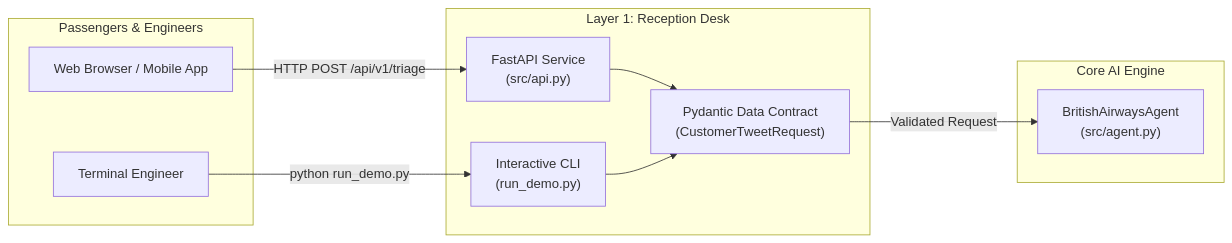
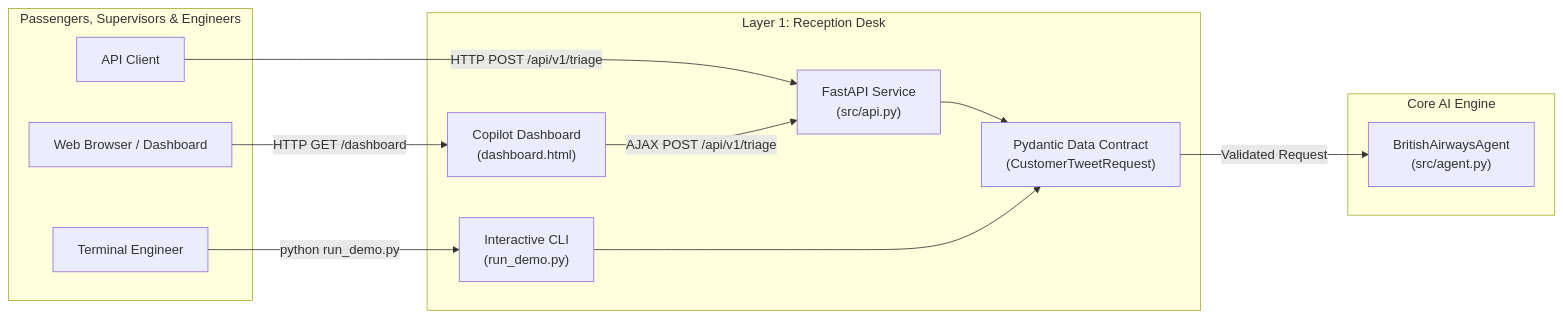
Before and after one commit to Nikhil4002-50-82/Hiver-Assignment: the first of 2 diagrams in docs/Reception_Desk.md, drawn with Mermaid. The commit also changed other lines of this file and 7 other files, not shown here.

````diff
--- a/docs/Reception_Desk.md
+++ b/docs/Reception_Desk.md
@@ -20,23 +21,27 @@
 ```mermaid
 flowchart LR
-    subgraph Users["Passengers & Engineers"]
-        A["Web Browser / Mobile App"]
+    subgraph Users["Passengers, Supervisors & Engineers"]
+        A["Web Browser / Dashboard"]
         B["Terminal Engineer"]
+        G["API Client"]
     end
 
     subgraph Layer1["Layer 1: Reception Desk"]
         C["FastAPI Service\n(src/api.py)"]
         D["Interactive CLI\n(run_demo.py)"]
+        H["Copilot Dashboard\n(dashboard.html)"]
         E["Pydantic Data Contract\n(CustomerTweetRequest)"]
     end
 
     subgraph Core["Core AI Engine"]
         F["BritishAirwaysAgent\n(src/agent.py)"]
     end
 
-    A -->|"HTTP POST /api/v1/triage"| C
+    A -->|"HTTP GET /dashboard"| H
+    G -->|"HTTP POST /api/v1/triage"| C
     B -->|"python run_demo.py"| D
+    H -->|"AJAX POST /api/v1/triage"| C
     C --> E
     D --> E
     E -->|"Validated Request"| F
 ```
````
